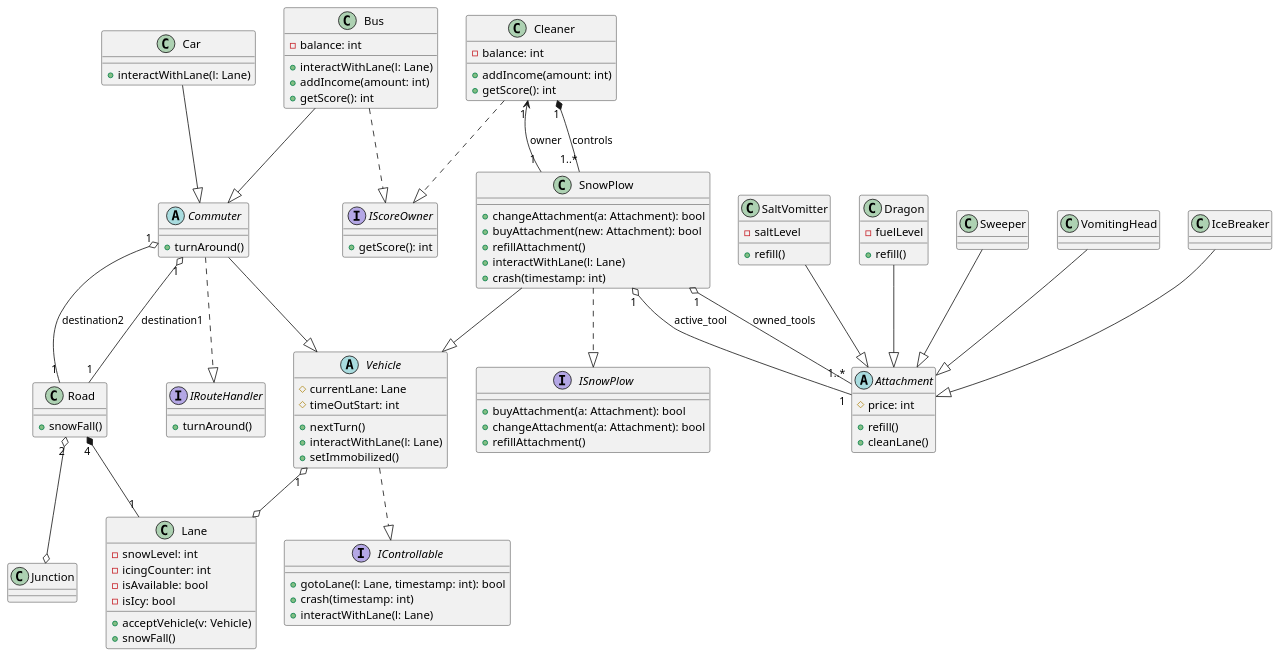
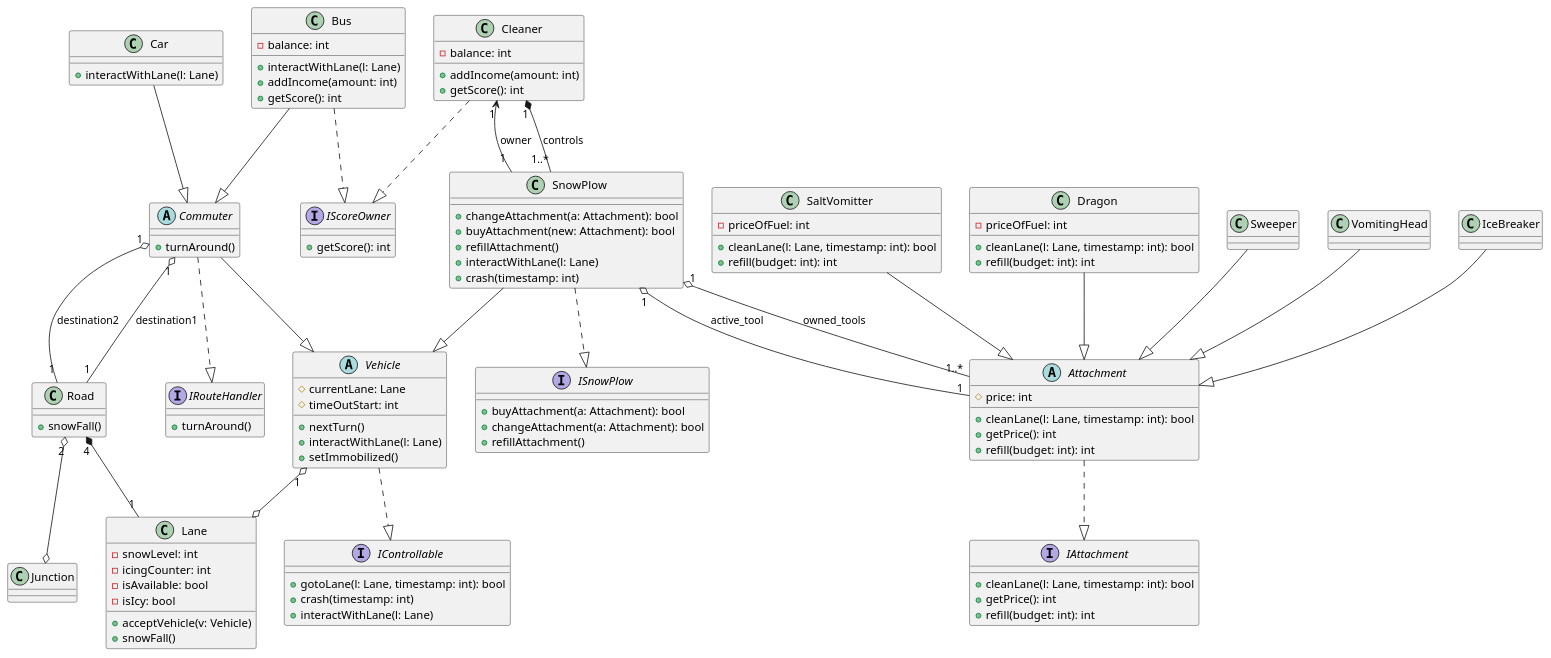
One commit to toth-andor/UneNotteANapoli changed the diagram in docs/04/diagrams/class-diagram.puml. Above: the diagram before and after it, drawn with PlantUML.

Commit message:
fix: add IAttachment interface and refactor Attachment refill/cleanLane

```diff
--- a/docs/04/diagrams/class-diagram.puml
+++ b/docs/04/diagrams/class-diagram.puml
@@ -1,101 +1,110 @@
 @startuml class-diagram
 abstract Vehicle {
   # currentLane: Lane
   # timeOutStart: int
   + nextTurn()
   + interactWithLane(l: Lane)
   + setImmobilized()
 }
 class Bus {
   - balance: int
   + interactWithLane(l: Lane)
   + addIncome(amount: int)
   + getScore(): int
 }
 class SnowPlow {
   + changeAttachment(a: Attachment): bool
   + buyAttachment(new: Attachment): bool
   + refillAttachment()
   + interactWithLane(l: Lane)
   + crash(timestamp: int)
 }
 class Car {
   + interactWithLane(l: Lane)
 }
 abstract Attachment {
   # price: int
-  + refill()
-  + cleanLane()
+  + cleanLane(l: Lane, timestamp: int): bool
+  + getPrice(): int
+  + refill(budget: int): int
 }
 class Dragon {
-  - fuelLevel
-  + refill()
+  - priceOfFuel: int
+  + cleanLane(l: Lane, timestamp: int): bool
+  + refill(budget: int): int
 }
 class Sweeper
 class VomitingHead
 class IceBreaker
 class SaltVomitter {
-  - saltLevel
-  + refill()
+  - priceOfFuel: int
+  + cleanLane(l: Lane, timestamp: int): bool
+  + refill(budget: int): int
+}
+interface IAttachment {
+  + cleanLane(l: Lane, timestamp: int): bool
+  + getPrice(): int
+  + refill(budget: int): int
 }
 class Road {
   + snowFall()
 }
 class Lane {
   - snowLevel: int
   - icingCounter: int
   - isAvailable: bool
   - isIcy: bool
   + acceptVehicle(v: Vehicle)
   + snowFall()
 }
 class Junction
 class Cleaner {
   - balance: int
   + addIncome(amount: int)
   + getScore(): int
 }
 abstract class Commuter {
   + turnAround()
 }
 interface IControllable {
   + gotoLane(l: Lane, timestamp: int): bool
   + crash(timestamp: int)
   + interactWithLane(l: Lane)
 }
 interface ISnowPlow {
   + buyAttachment(a: Attachment): bool
   + changeAttachment(a: Attachment): bool
   + refillAttachment()
 }
 interface IRouteHandler {
   + turnAround()
 }
 interface IScoreOwner {
   + getScore(): int
 }
 
 Road "4" *-- "1" Lane
 Dragon --|> Attachment
 Sweeper --|> Attachment
 VomitingHead --|> Attachment
 IceBreaker --|> Attachment
 SaltVomitter --|> Attachment
+Attachment ..|> IAttachment
 Road "2" o--o Junction
 Vehicle "1" o--o Lane
 Commuter "1" o-- "1" Road : destination1
 Commuter "1" o-- "1" Road : destination2
 Vehicle ..|> IControllable
 SnowPlow --|> Vehicle
 SnowPlow ..|> ISnowPlow
 Commuter --|> Vehicle
 Commuter ..|> IRouteHandler
 Bus --|> Commuter
 Bus ..|> IScoreOwner
 Car --|> Commuter
 Cleaner ..|> IScoreOwner
 Cleaner "1" *-- "1..*" SnowPlow : controls
 SnowPlow "1" o-- "1..*" Attachment : owned_tools
 SnowPlow "1" o-- "1" Attachment : active_tool
 SnowPlow "1" --> "1" Cleaner : owner
 @enduml
```
